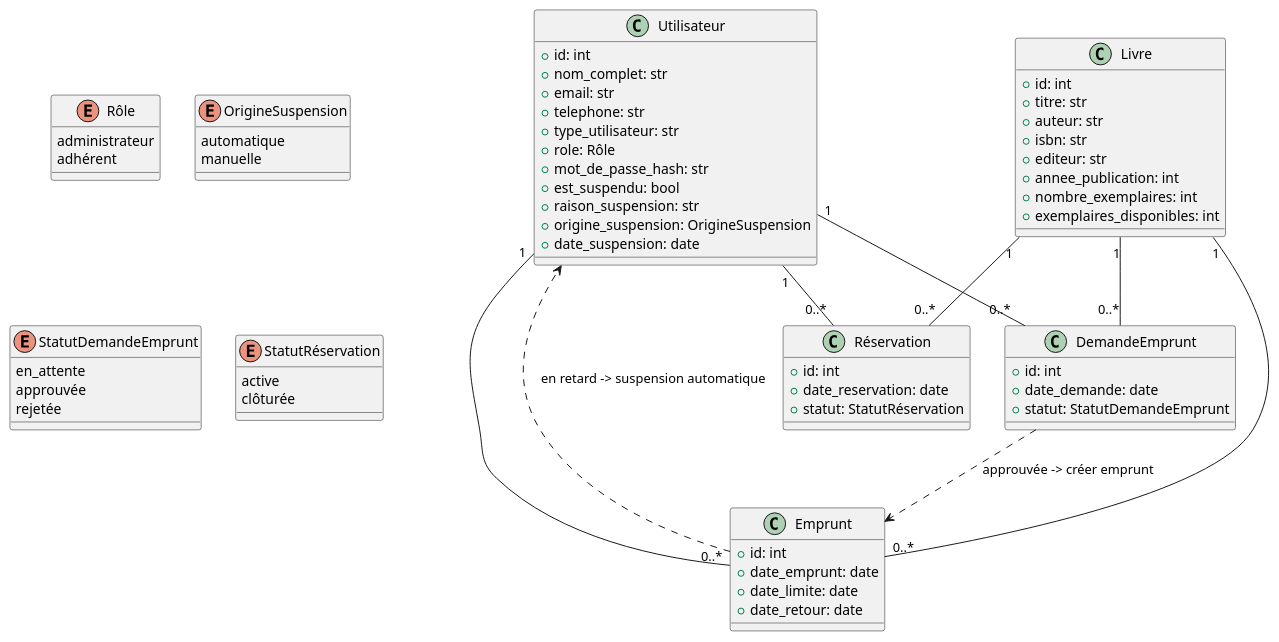
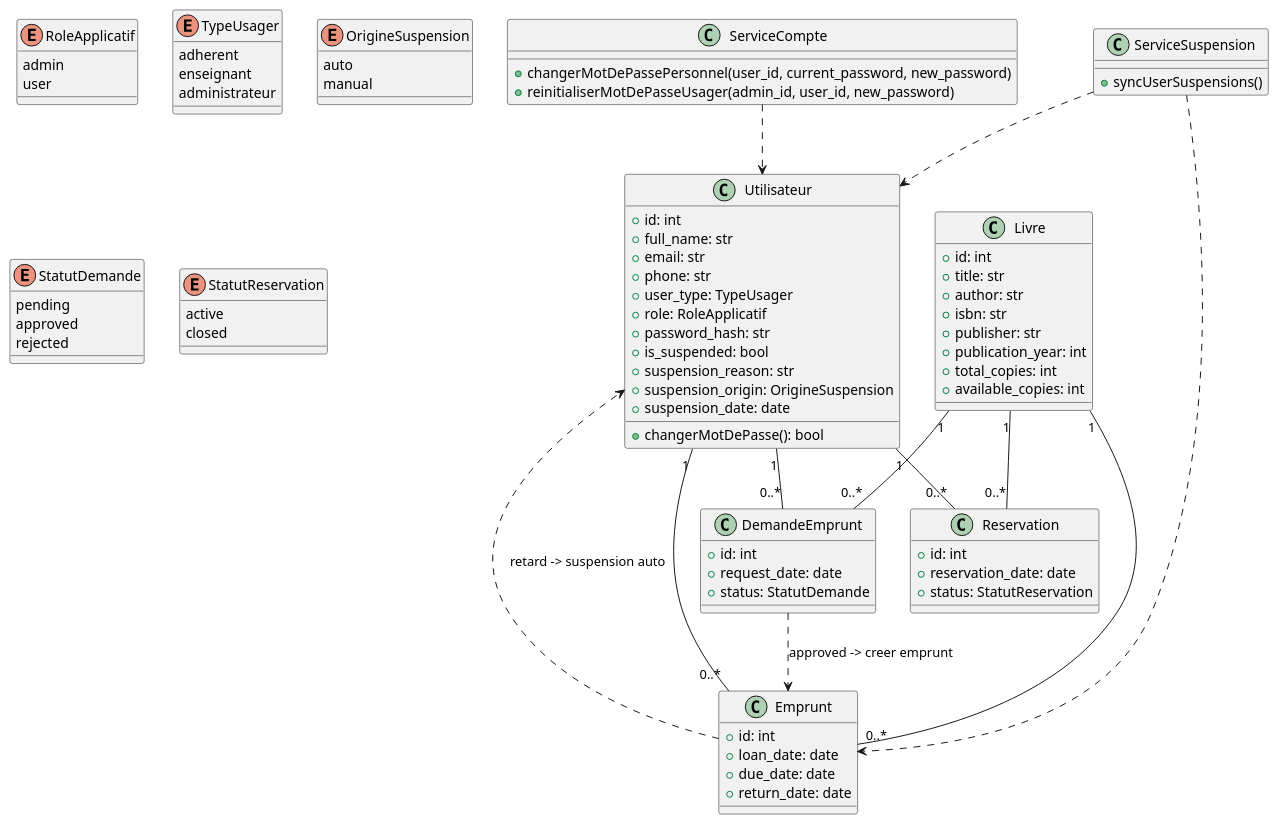
Before and after one commit to JunRoot29/Gestion-d-une-Bibliotheque: the diagram in diagrams/diagramme_classes.puml, drawn with PlantUML. The commit also changed 7 other files, not shown here.

Commit message:
Mise à jour des diagrammes

```diff
--- a/diagrams/diagramme_classes.puml
+++ b/diagrams/diagramme_classes.puml
@@ -1,76 +1,95 @@
 @startuml
 class Utilisateur {
   +id: int
-  +nom_complet: str
+  +full_name: str
   +email: str
-  +telephone: str
-  +type_utilisateur: str
-  +role: Rôle
-  +mot_de_passe_hash: str
-  +est_suspendu: bool
-  +raison_suspension: str
-  +origine_suspension: OrigineSuspension
-  +date_suspension: date
+  +phone: str
+  +user_type: TypeUsager
+  +role: RoleApplicatif
+  +password_hash: str
+  +is_suspended: bool
+  +suspension_reason: str
+  +suspension_origin: OrigineSuspension
+  +suspension_date: date
+  +changerMotDePasse(): bool
 }
 
-enum Rôle {
+enum RoleApplicatif {
+  admin
+  user
+}
+
+enum TypeUsager {
+  adherent
+  enseignant
   administrateur
-  adhérent
 }
 
 enum OrigineSuspension {
-  automatique
-  manuelle
+  auto
+  manual
 }
 
 class Livre {
   +id: int
-  +titre: str
-  +auteur: str
+  +title: str
+  +author: str
   +isbn: str
-  +editeur: str
-  +annee_publication: int
-  +nombre_exemplaires: int
-  +exemplaires_disponibles: int
+  +publisher: str
+  +publication_year: int
+  +total_copies: int
+  +available_copies: int
 }
 
 class DemandeEmprunt {
   +id: int
-  +date_demande: date
-  +statut: StatutDemandeEmprunt
+  +request_date: date
+  +status: StatutDemande
 }
 
-enum StatutDemandeEmprunt {
-  en_attente
-  approuvée
-  rejetée
+enum StatutDemande {
+  pending
+  approved
+  rejected
 }
 
 class Emprunt {
   +id: int
-  +date_emprunt: date
-  +date_limite: date
-  +date_retour: date
+  +loan_date: date
+  +due_date: date
+  +return_date: date
 }
 
-class Réservation {
+class Reservation {
   +id: int
-  +date_reservation: date
-  +statut: StatutRéservation
+  +reservation_date: date
+  +status: StatutReservation
 }
 
-enum StatutRéservation {
+enum StatutReservation {
   active
-  clôturée
+  closed
+}
+
+class ServiceCompte {
+  +changerMotDePassePersonnel(user_id, current_password, new_password)
+  +reinitialiserMotDePasseUsager(admin_id, user_id, new_password)
+}
+
+class ServiceSuspension {
+  +syncUserSuspensions()
 }
 
 Utilisateur "1" -- "0..*" DemandeEmprunt
 Livre "1" -- "0..*" DemandeEmprunt
 Utilisateur "1" -- "0..*" Emprunt
 Livre "1" -- "0..*" Emprunt
-Utilisateur "1" -- "0..*" Réservation
-Livre "1" -- "0..*" Réservation
+Utilisateur "1" -- "0..*" Reservation
+Livre "1" -- "0..*" Reservation
 
-DemandeEmprunt ..> Emprunt : approuvée -> créer emprunt
-Emprunt ..> Utilisateur : en retard -> suspension automatique
+DemandeEmprunt ..> Emprunt : approved -> creer emprunt
+Emprunt ..> Utilisateur : retard -> suspension auto
+ServiceCompte ..> Utilisateur
+ServiceSuspension ..> Utilisateur
+ServiceSuspension ..> Emprunt
 @enduml
```
